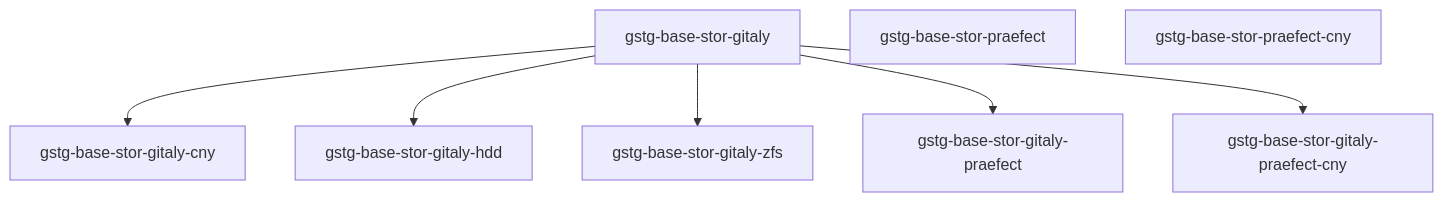
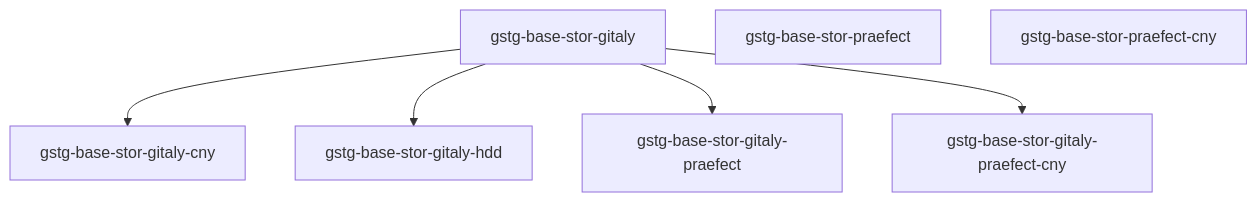
Before and after one commit to mattrussi/gitlab-com-runbooks: the second of 2 diagrams in docs/gitaly/README.md, drawn with Mermaid. The commit also changed other lines of this file, not shown here.

Commit message:
docs(gitaly): remove mention of zfs
What
---
Remove the role `gstg-base-stor-gitaly-zfs`

Why
---
This server/role was decomissioned in https://gitlab.com/gitlab-com/gl-infra/reliability/-/issues/16510

````diff
--- a/docs/gitaly/README.md
+++ b/docs/gitaly/README.md
@@ -101,11 +101,10 @@
 ```mermaid
 graph TD
     gstg-base-stor-gitaly-->gstg-base-stor-gitaly-cny
     gstg-base-stor-gitaly-->gstg-base-stor-gitaly-hdd
-    gstg-base-stor-gitaly-->gstg-base-stor-gitaly-zfs
     gstg-base-stor-gitaly-->gstg-base-stor-gitaly-praefect
     gstg-base-stor-gitaly-->gstg-base-stor-gitaly-praefect-cny
 
     gstg-base-stor-praefect
     gstg-base-stor-praefect-cny
 ```
````
